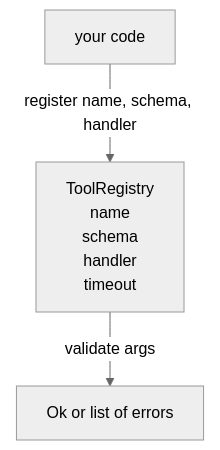
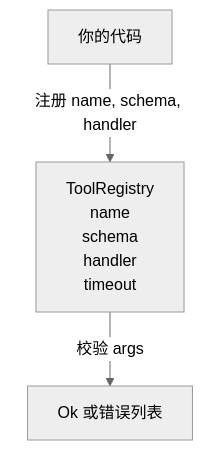
One commit to guangningsun/ailearning changed the diagram in lessons/19-capstone-projects/21-tool-registry-schema-validation/docs/zh.md. Above: the diagram before and after it, drawn with Mermaid (neutral theme). The commit also changed other lines of this file and 85 other files, not shown here.

````diff
--- a/lessons/19-capstone-projects/21-tool-registry-schema-validation/docs/zh.md
+++ b/lessons/19-capstone-projects/21-tool-registry-schema-validation/docs/zh.md
@@ -80,8 +81,8 @@
 ```mermaid
 flowchart TD
-    code[your code]
+    code[你的代码]
     reg[ToolRegistry<br/>name<br/>schema<br/>handler<br/>timeout]
-    out[Ok or list of errors]
-    code -->|register name, schema, handler| reg
-    reg -->|validate args| out
+    out[Ok 或错误列表]
+    code -->|注册 name, schema, handler| reg
+    reg -->|校验 args| out
 ```
````
